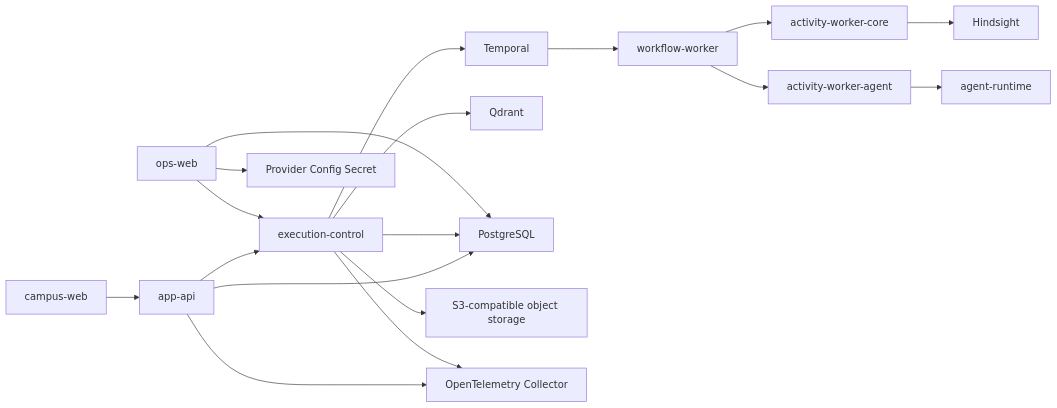
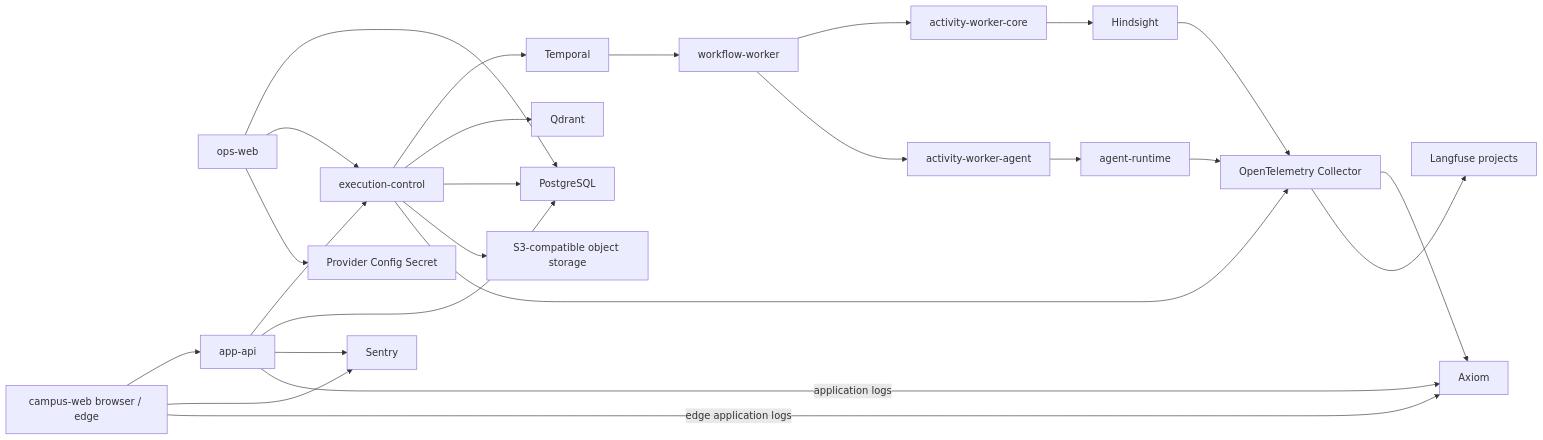
The diagram in docs/architecture/current.md (Luxfeier22331/campus-agent-main), drawn with Mermaid before and after one commit. The commit also changed other lines of this file and 518 other files, not shown here.

````diff
--- a/docs/architecture/current.md
+++ b/docs/architecture/current.md
@@ -23,35 +23,45 @@
 ```mermaid
 flowchart LR
-  Browser["campus-web"]
+  CampusWeb["campus-web browser / edge"]
   Ops["ops-web"]
   AppAPI["app-api"]
   Control["execution-control"]
   Temporal["Temporal"]
   Workflow["workflow-worker"]
   Core["activity-worker-core"]
   AgentWorker["activity-worker-agent"]
   Agent["agent-runtime"]
   Memory["Hindsight"]
   Qdrant["Qdrant"]
   PG["PostgreSQL"]
   ObjectStore["S3-compatible object storage"]
   OTel["OpenTelemetry Collector"]
+  Axiom["Axiom"]
+  Sentry["Sentry"]
+  Langfuse["Langfuse projects"]
 
-  Browser --> AppAPI
+  CampusWeb --> AppAPI
   AppAPI --> Control
   Control --> Temporal
   Temporal --> Workflow
   Workflow --> Core
   Workflow --> AgentWorker
   AgentWorker --> Agent
   Core --> Memory
   Control --> Qdrant
   AppAPI --> PG
   Control --> PG
   Control --> ObjectStore
-  AppAPI --> OTel
   Control --> OTel
+  Agent --> OTel
+  Memory --> OTel
+  OTel --> Axiom
+  OTel --> Langfuse
+  CampusWeb --> Sentry
+  AppAPI --> Sentry
+  CampusWeb -->|edge application logs| Axiom
+  AppAPI -->|application logs| Axiom
   Ops --> PG
   Ops --> Control
   Ops --> ProviderSecret["Provider Config Secret"]
 ```
````
